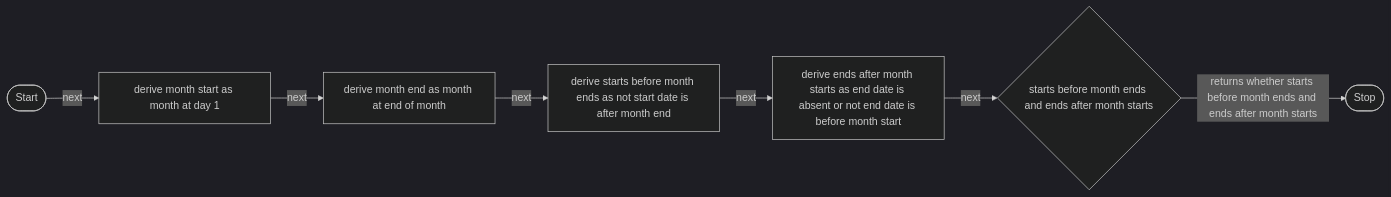
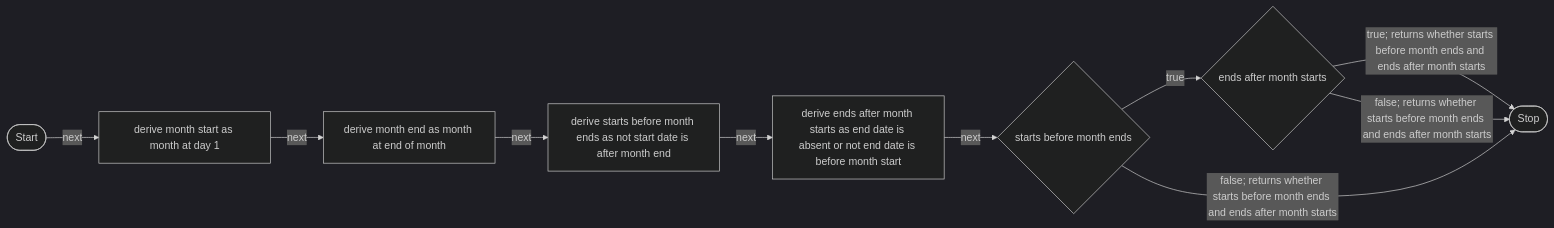
The diagram in conformance/mega-backend/generated/determine-project-activity-in-month-structure.mmd (Gepardec/businesstracing), drawn with Mermaid (dark theme) before and after one commit. The commit also changed 29 other files, not shown here.

```diff
--- a/conformance/mega-backend/generated/determine-project-activity-in-month-structure.mmd
+++ b/conformance/mega-backend/generated/determine-project-activity-in-month-structure.mmd
@@ -1,14 +1,18 @@
 flowchart LR
     n1(["Start"])
     n2["derive month start as month at day 1"]
     n3["derive month end as month at end of month"]
     n4["derive starts before month ends as not start date is after month end"]
     n5["derive ends after month starts as end date is absent or not end date is before month start"]
-    n6{"starts before month ends and ends after month starts"}
-    n7(["Stop"])
+    n6{"starts before month ends"}
+    n7{"ends after month starts"}
+    n8(["Stop"])
     n1 -->|"next"| n2
     n2 -->|"next"| n3
     n3 -->|"next"| n4
     n4 -->|"next"| n5
+    n6 -->|"true"| n7
     n5 -->|"next"| n6
-    n6 -->|"returns whether starts before month ends and ends after month starts"| n7
+    n7 -->|"true; returns whether starts before month ends and ends after month starts"| n8
+    n6 -->|"false; returns whether starts before month ends and ends after month starts"| n8
+    n7 -->|"false; returns whether starts before month ends and ends after month starts"| n8
```
